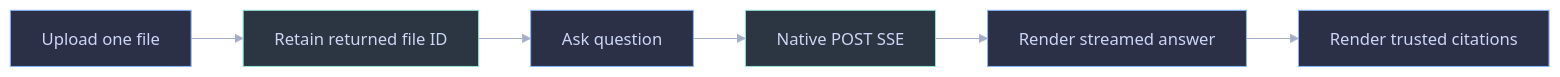
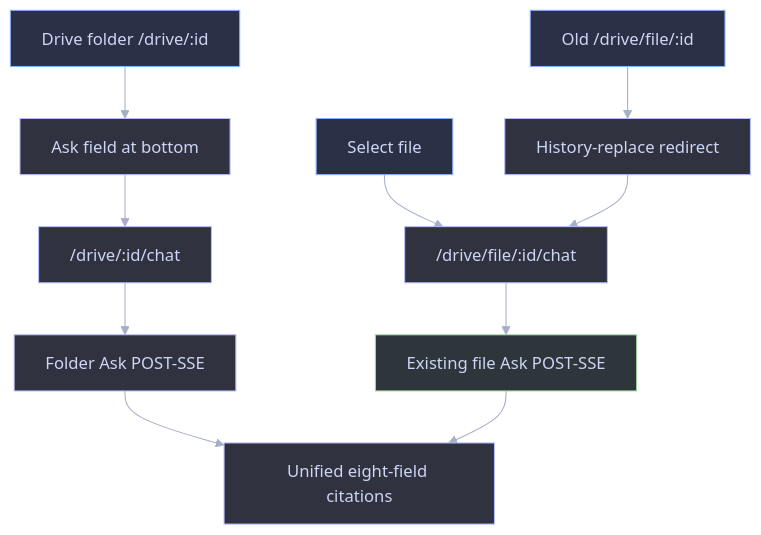
The third of 4 diagrams in client/AGENTS.md (RyxnDmello/atlas), drawn with Mermaid before and after one commit. The commit also changed other lines of this file and 23 other files, not shown here.

````diff
--- a/client/AGENTS.md
+++ b/client/AGENTS.md
@@ -172,18 +253,23 @@
 ```mermaid
 %%{init: {'theme': 'base', 'themeVariables': {'background': '#1e1e2e', 'primaryColor': '#45475a', 'primaryTextColor': '#cdd6f4', 'primaryBorderColor': '#89b4fa', 'lineColor': '#a6adc8', 'secondaryColor': '#313244', 'tertiaryColor': '#181825', 'fontFamily': 'Inter, sans-serif'}}}%%
-flowchart LR
-    Upload["Upload one file"] --> ID["Retain returned file ID"]
-    ID --> Ask["Ask question"]
-    Ask --> SSE["Native POST SSE"]
-    SSE --> Answer["Render streamed answer"]
-    Answer --> Cite["Render trusted citations"]
-    class Upload,Ask,Answer,Cite client;
-    class ID,SSE service;
+flowchart TD
+    Drive["Drive folder /drive/:id"] --> Composer["Ask field at bottom"]
+    Composer --> FolderChat["/drive/:id/chat"]
+    FolderChat --> FolderSSE["Folder Ask POST-SSE"]
+    FileLink["Select file"] --> FileChat["/drive/file/:id/chat"]
+    OldLink["Old /drive/file/:id"] --> Redirect["History-replace redirect"]
+    Redirect --> FileChat
+    FileChat --> FileSSE["Existing file Ask POST-SSE"]
+    FolderSSE --> Cite["Unified eight-field citations"]
+    FileSSE --> Cite
+    class Drive,FileLink,OldLink client;
+    class Composer,FolderChat,FileChat,Redirect,FolderSSE,Cite planned;
+    class FileSSE verified;
     classDef client fill:#2b3046,stroke:#89b4fa,stroke-width:1px,color:#cdd6f4;
     classDef service fill:#2c3642,stroke:#94e2d5,stroke-width:1px,color:#cdd6f4;
     classDef storage fill:#332e46,stroke:#cba6f7,stroke-width:1px,color:#cdd6f4;
     classDef verified fill:#2e363c,stroke:#a6e3a1,stroke-width:1px,color:#cdd6f4;
     classDef planned fill:#30323f,stroke:#b4befe,stroke-width:1px,color:#cdd6f4;
     classDef caution fill:#38362e,stroke:#f9e2af,stroke-width:1px,color:#cdd6f4;
     classDef denied fill:#39303d,stroke:#f38ba8,stroke-width:1px,color:#cdd6f4;
 ```
````
